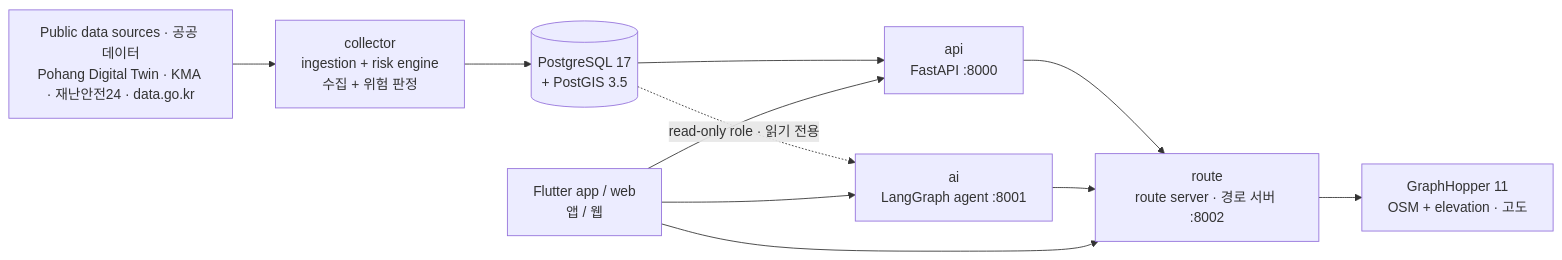
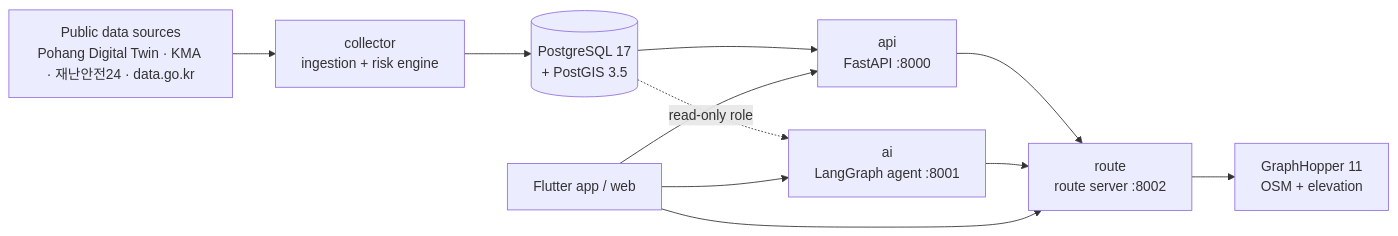
The first of 4 diagrams in README.md (kimking73/guryongpo-safety-agent), drawn with Mermaid before and after one commit. The commit also changed other lines of this file, not shown here.

````diff
--- a/README.md
+++ b/README.md
@@ -39,13 +45,13 @@
 ```mermaid
 flowchart LR
-    SRC[Public data sources · 공공 데이터<br/>Pohang Digital Twin · KMA · 재난안전24 · data.go.kr] --> COL[collector<br/>ingestion + risk engine<br/>수집 + 위험 판정]
+    SRC[Public data sources<br/>Pohang Digital Twin · KMA · 재난안전24 · data.go.kr] --> COL[collector<br/>ingestion + risk engine]
     COL --> DB[(PostgreSQL 17<br/>+ PostGIS 3.5)]
     DB --> API[api<br/>FastAPI :8000]
-    DB -. read-only role · 읽기 전용 .-> AI[ai<br/>LangGraph agent :8001]
-    API --> ROUTE[route<br/>route server · 경로 서버 :8002]
-    ROUTE --> GH[GraphHopper 11<br/>OSM + elevation · 고도]
+    DB -. read-only role .-> AI[ai<br/>LangGraph agent :8001]
+    API --> ROUTE[route<br/>route server :8002]
+    ROUTE --> GH[GraphHopper 11<br/>OSM + elevation]
     AI --> ROUTE
-    APP[Flutter app / web<br/>앱 / 웹] --> API
+    APP[Flutter app / web] --> API
     APP --> AI
     APP --> ROUTE
 ```
````
